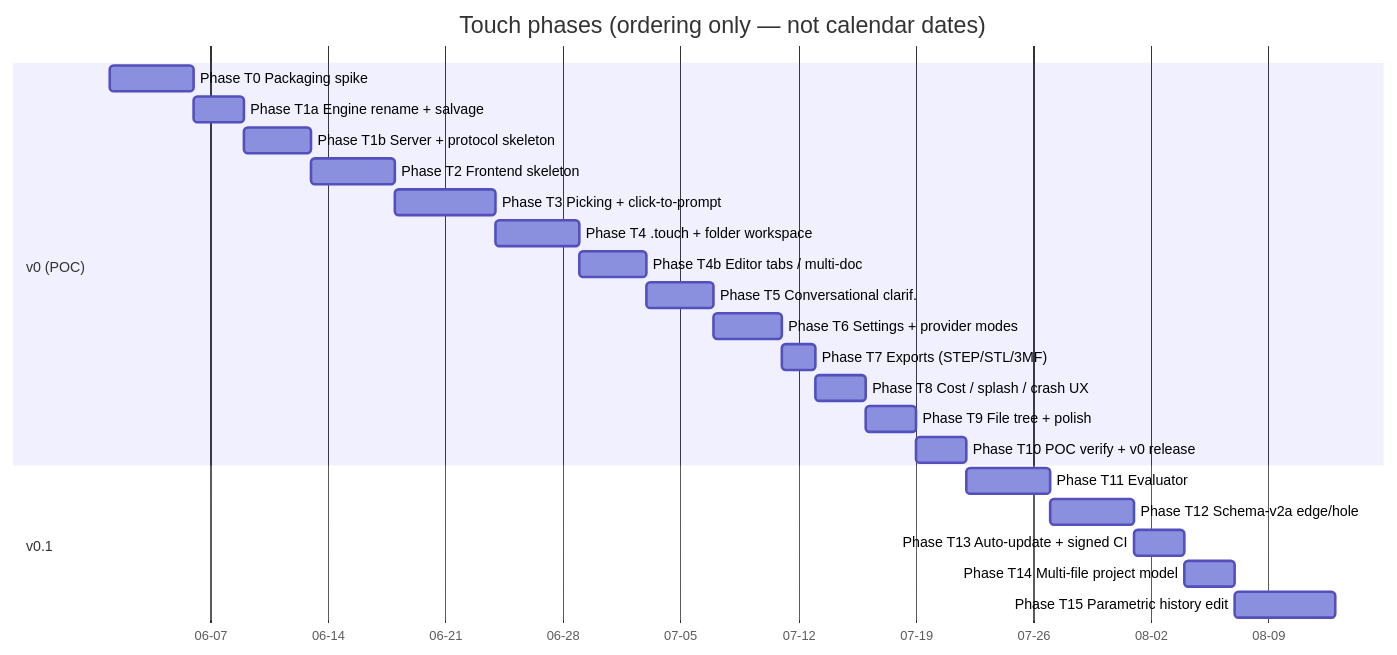
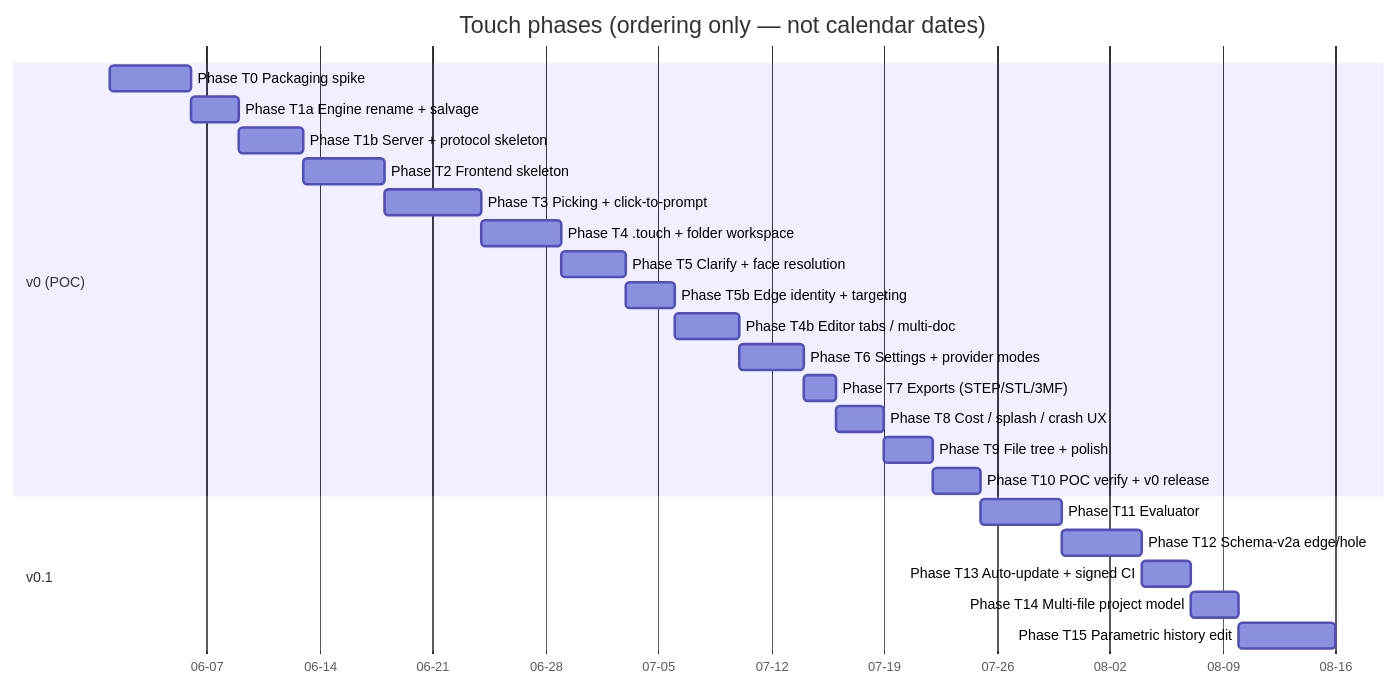
The diagram in docs/03-roadmap.md (vandpaolo/touch), drawn with Mermaid before and after one commit. The commit also changed other lines of this file and 9 other files, not shown here.

````diff
--- a/docs/03-roadmap.md
+++ b/docs/03-roadmap.md
@@ -39,26 +39,27 @@
 ```mermaid
 gantt
     title Touch phases (ordering only — not calendar dates)
     dateFormat  YYYY-MM-DD
     axisFormat  %m-%d
     section v0 (POC)
     Phase T0   Packaging spike            :pT0, 2026-06-01, 5d
     Phase T1a  Engine rename + salvage    :pT1a, after pT0, 3d
     Phase T1b  Server + protocol skeleton :pT1b, after pT1a, 4d
     Phase T2   Frontend skeleton          :pT2, after pT1b, 5d
     Phase T3   Picking + click-to-prompt  :pT3, after pT2, 6d
     Phase T4   .touch + folder workspace  :pT4, after pT3, 5d
-    Phase T4b  Editor tabs / multi-doc    :pT4b, after pT4, 4d
-    Phase T5   Conversational clarif.     :pT5, after pT4b, 4d
-    Phase T6   Settings + provider modes  :pT6, after pT5, 4d
+    Phase T5   Clarify + face resolution  :pT5, after pT4, 4d
+    Phase T5b  Edge identity + targeting  :pT5b, after pT5, 3d
+    Phase T4b  Editor tabs / multi-doc    :pT4b, after pT5b, 4d
+    Phase T6   Settings + provider modes  :pT6, after pT4b, 4d
     Phase T7   Exports (STEP/STL/3MF)     :pT7, after pT6, 2d
     Phase T8   Cost / splash / crash UX   :pT8, after pT7, 3d
     Phase T9   File tree + polish         :pT9, after pT8, 3d
     Phase T10  POC verify + v0 release    :pT10, after pT9, 3d
     section v0.1
     Phase T11  Evaluator                  :pT11, after pT10, 5d
     Phase T12  Schema-v2a edge/hole       :pT12, after pT11, 5d
     Phase T13  Auto-update + signed CI    :pT13, after pT12, 3d
     Phase T14  Multi-file project model   :pT14, after pT13, 3d
     Phase T15  Parametric history edit    :pT15, after pT14, 6d
 ```
````
